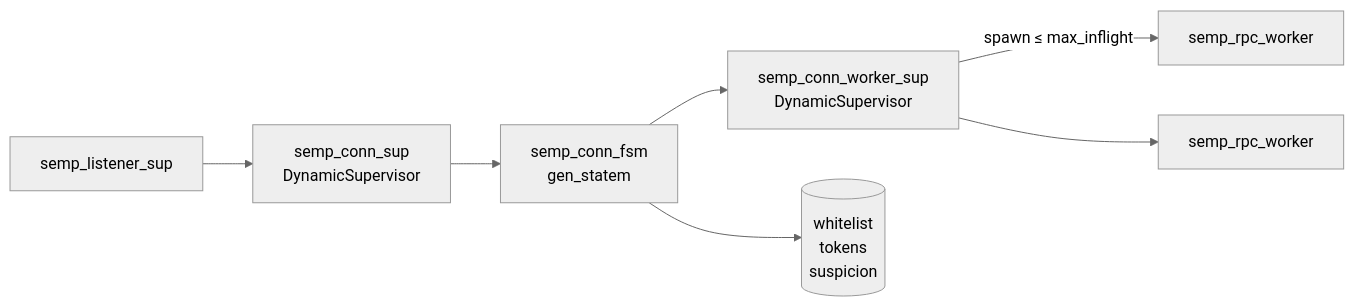
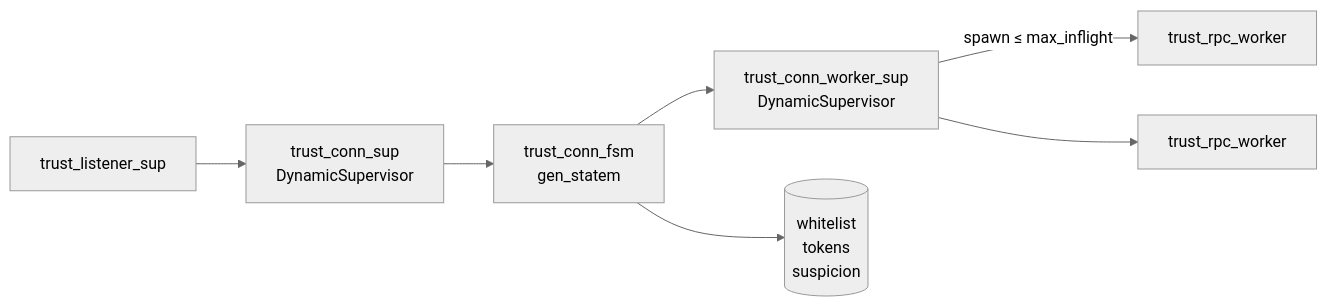
Before and after one commit to yenrab/BEAM_SEMP: the third of 5 diagrams in multiplexing and backpressure design doc.md, drawn with Mermaid (neutral theme). The commit also changed other lines of this file, not shown here.

Commit message:
changed semp_ to trust_ for all modules

````diff
--- a/multiplexing and backpressure design doc.md
+++ b/multiplexing and backpressure design doc.md
@@ -94,15 +94,15 @@
 ```mermaid
 %% diagram: components-runtime
 graph LR
-  Listener[semp_listener_sup] --> ConnSup[semp_conn_sup
+  Listener[trust_listener_sup] --> ConnSup[trust_conn_sup
  DynamicSupervisor]
-  ConnSup --> FSM[semp_conn_fsm
+  ConnSup --> FSM[trust_conn_fsm
  gen_statem]
-  FSM --> WorkerSup[semp_conn_worker_sup
+  FSM --> WorkerSup[trust_conn_worker_sup
  DynamicSupervisor]
-  WorkerSup -->|spawn ≤ max_inflight| W1[semp_rpc_worker]
-  WorkerSup --> W2[semp_rpc_worker]
+  WorkerSup -->|spawn ≤ max_inflight| W1[trust_rpc_worker]
+  WorkerSup --> W2[trust_rpc_worker]
   FSM --> ETS[(whitelist
  tokens
  suspicion)]
 ```
````
